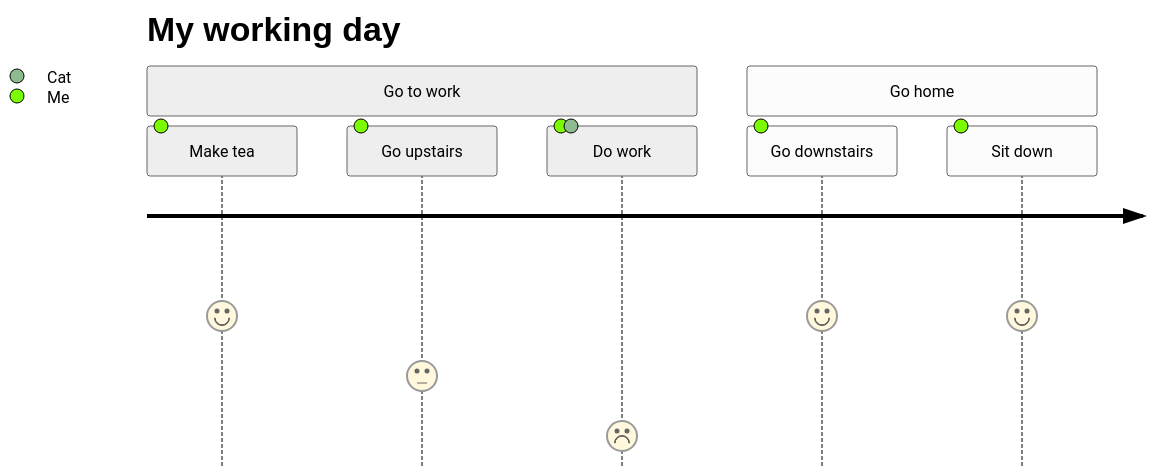
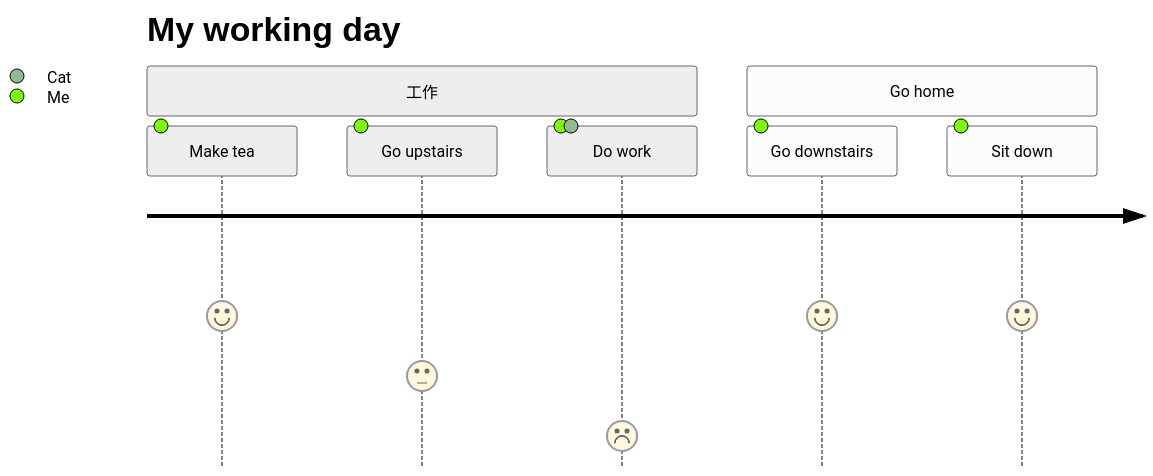
One commit to changweihua/changweihua.github.io changed the first of 16 diagrams in zh-CN/manaul/mermaid.md. Above: the diagram before and after it, drawn with Mermaid (neutral theme). The commit also changed other lines of this file and 5 other files, not shown here.

````diff
--- a/zh-CN/manaul/mermaid.md
+++ b/zh-CN/manaul/mermaid.md
@@ -8,11 +8,11 @@
 ```mermaid
 journey
     title My working day
-    section Go to work
+    section 工作
       Make tea: 5: Me
       Go upstairs: 3: Me
       Do work: 1: Me, Cat
     section Go home
       Go downstairs: 5: Me
       Sit down: 5: Me
 ```
````
